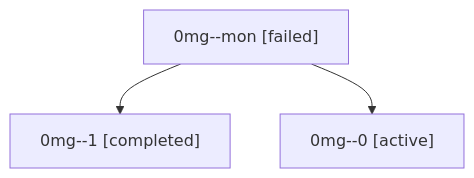
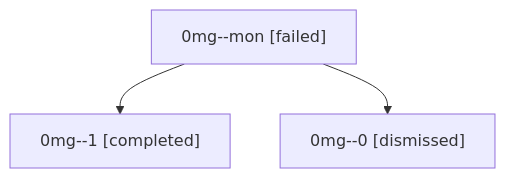
Before and after one commit to sase-org/sase--agents: the diagram in sessions/bbugyi200.athena.0mg.md, drawn with Mermaid. The commit also changed other lines of this file and 30 other files, not shown here.

````diff
--- a/sessions/bbugyi200.athena.0mg.md
+++ b/sessions/bbugyi200.athena.0mg.md
@@ -9,8 +9,8 @@
 ```mermaid
 flowchart TD
   n0["0mg--mon [failed]"]
   n1["0mg--1 [completed]"]
   n0 --> n1
-  n2["0mg--0 [active]"]
+  n2["0mg--0 [dismissed]"]
   n0 --> n2
 ```
````
